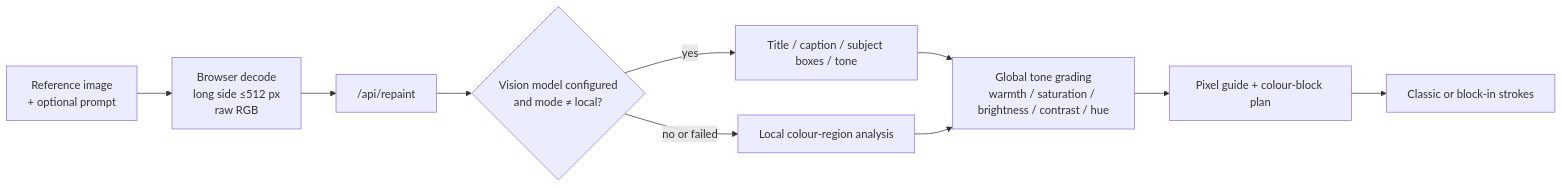
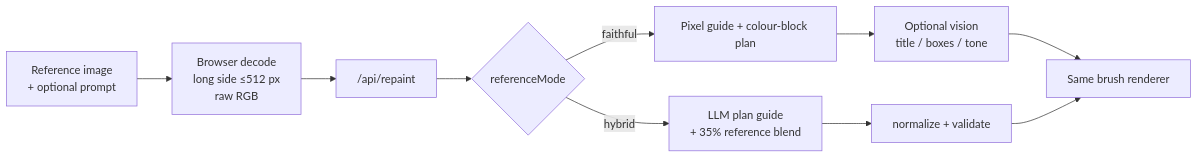
One commit to x177plus/LMBrush changed the second of 2 diagrams in README.md. Above: the diagram before and after it, drawn with Mermaid. The commit also changed other lines of this file and 17 other files, not shown here.

First line of the commit message:
feat(reference): added hybrid and interpret repaint modes

````diff
--- a/README.md
+++ b/README.md
@@ -155,12 +171,12 @@
 ```mermaid
 flowchart LR
   R["Reference image<br/>+ optional prompt"] --> D["Browser decode<br/>long side ≤512 px<br/>raw RGB"]
   D --> P["/api/repaint"]
-  P --> A{"Vision model configured<br/>and mode ≠ local?"}
-  A -->|yes| V["Title / caption / subject boxes / tone"]
-  A -->|no or failed| L["Local colour-region analysis"]
-  V --> T["Global tone grading<br/>warmth / saturation / brightness / contrast / hue"]
-  L --> T
-  T --> G["Pixel guide + colour-block plan"]
-  G --> S["Classic or block-in strokes"]
+  P --> M{"referenceMode"}
+  M -->|faithful| G["Pixel guide + colour-block plan"]
+  G --> O["Optional vision<br/>title / boxes / tone"]
+  M -->|hybrid| H["LLM plan guide<br/>+ 35% reference blend"]
+  H --> J["normalize + validate"]
+  O --> S["Same brush renderer"]
+  J --> S
 ```
````
